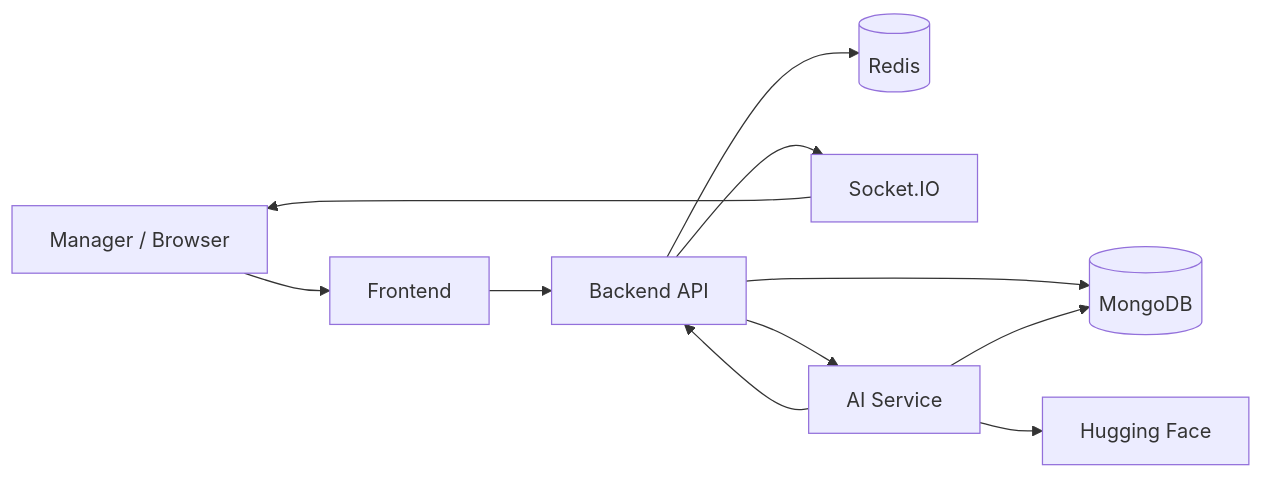
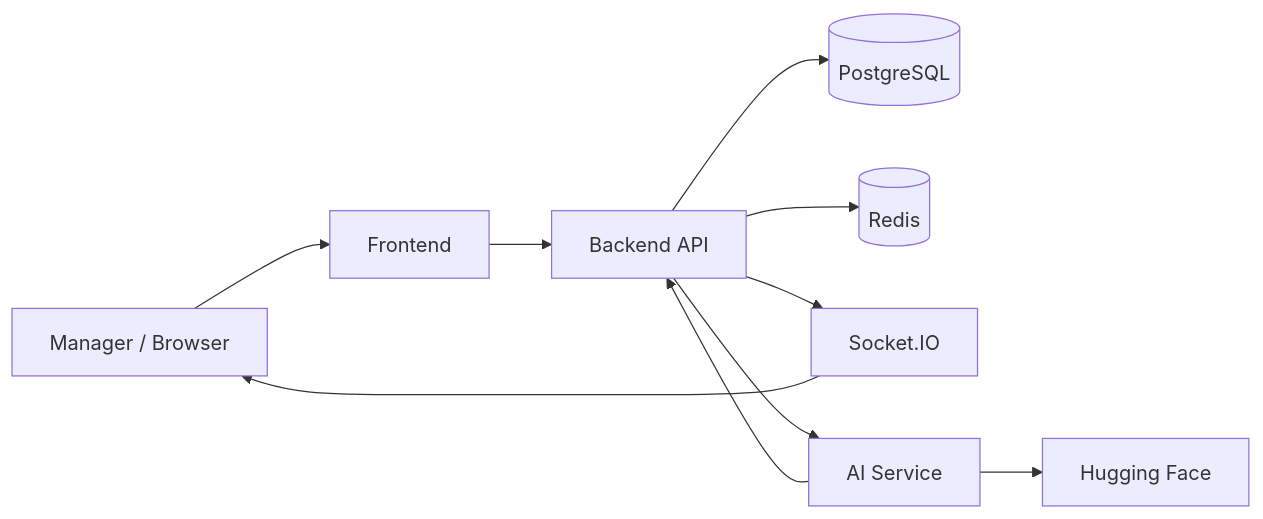
Before and after one commit to msrikarthika-netizen/syncspace: the first of 2 diagrams in README.md, drawn with Mermaid. The commit also changed other lines of this file and 24 other files, not shown here.

````diff
--- a/README.md
+++ b/README.md
@@ -55,13 +55,12 @@
 ```mermaid
 flowchart LR
   U[Manager / Browser] --> F[Frontend]
   F --> B[Backend API]
-  B --> M[(MongoDB)]
+  B --> P[(PostgreSQL)]
   B --> R[(Redis)]
   B --> S[Socket.IO]
   B --> A[AI Service]
   A --> H[Hugging Face]
-  A --> M
   A --> B
   S --> U
 ```
````
